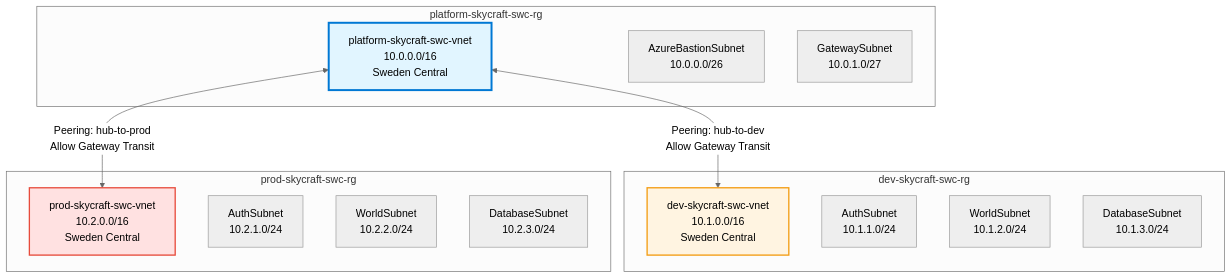
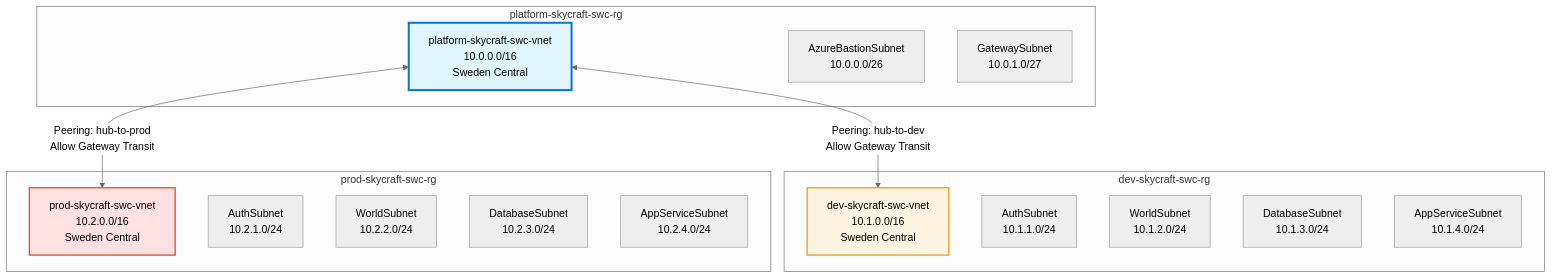
Before and after one commit to mbiszczanik/skycraft: the diagram in module-2-networking/2.1-virtual-networks/lab-guide-2.1.md, drawn with Mermaid (neutral theme). The commit also changed other lines of this file and 96 other files, not shown here.

````diff
--- a/module-2-networking/2.1-virtual-networks/lab-guide-2.1.md
+++ b/module-2-networking/2.1-virtual-networks/lab-guide-2.1.md
@@ -20,29 +20,31 @@
 ```mermaid
 graph TB
     subgraph "platform-skycraft-swc-rg"
         HubVNet[platform-skycraft-swc-vnet<br/>10.0.0.0/16<br/>Sweden Central]
         BastionSubnet[AzureBastionSubnet<br/>10.0.0.0/26]
         GatewaySubnet[GatewaySubnet<br/>10.0.1.0/27]
     end
 
     subgraph "dev-skycraft-swc-rg"
         DevVNet[dev-skycraft-swc-vnet<br/>10.1.0.0/16<br/>Sweden Central]
         DevAuth[AuthSubnet<br/>10.1.1.0/24]
         DevWorld[WorldSubnet<br/>10.1.2.0/24]
         DevDB[DatabaseSubnet<br/>10.1.3.0/24]
+        DevApp[AppServiceSubnet<br/>10.1.4.0/24]
     end
 
     subgraph "prod-skycraft-swc-rg"
         ProdVNet[prod-skycraft-swc-vnet<br/>10.2.0.0/16<br/>Sweden Central]
         ProdAuth[AuthSubnet<br/>10.2.1.0/24]
         ProdWorld[WorldSubnet<br/>10.2.2.0/24]
         ProdDB[DatabaseSubnet<br/>10.2.3.0/24]
+        ProdApp[AppServiceSubnet<br/>10.2.4.0/24]
     end
 
     HubVNet <-->|Peering: hub-to-dev<br/>Allow Gateway Transit| DevVNet
     HubVNet <-->|Peering: hub-to-prod<br/>Allow Gateway Transit| ProdVNet
 
     style HubVNet fill:#e1f5ff,stroke:#0078d4,stroke-width:3px
     style DevVNet fill:#fff4e1,stroke:#f39c12,stroke-width:2px
     style ProdVNet fill:#ffe1e1,stroke:#e74c3c,stroke-width:2px
 ```
````
